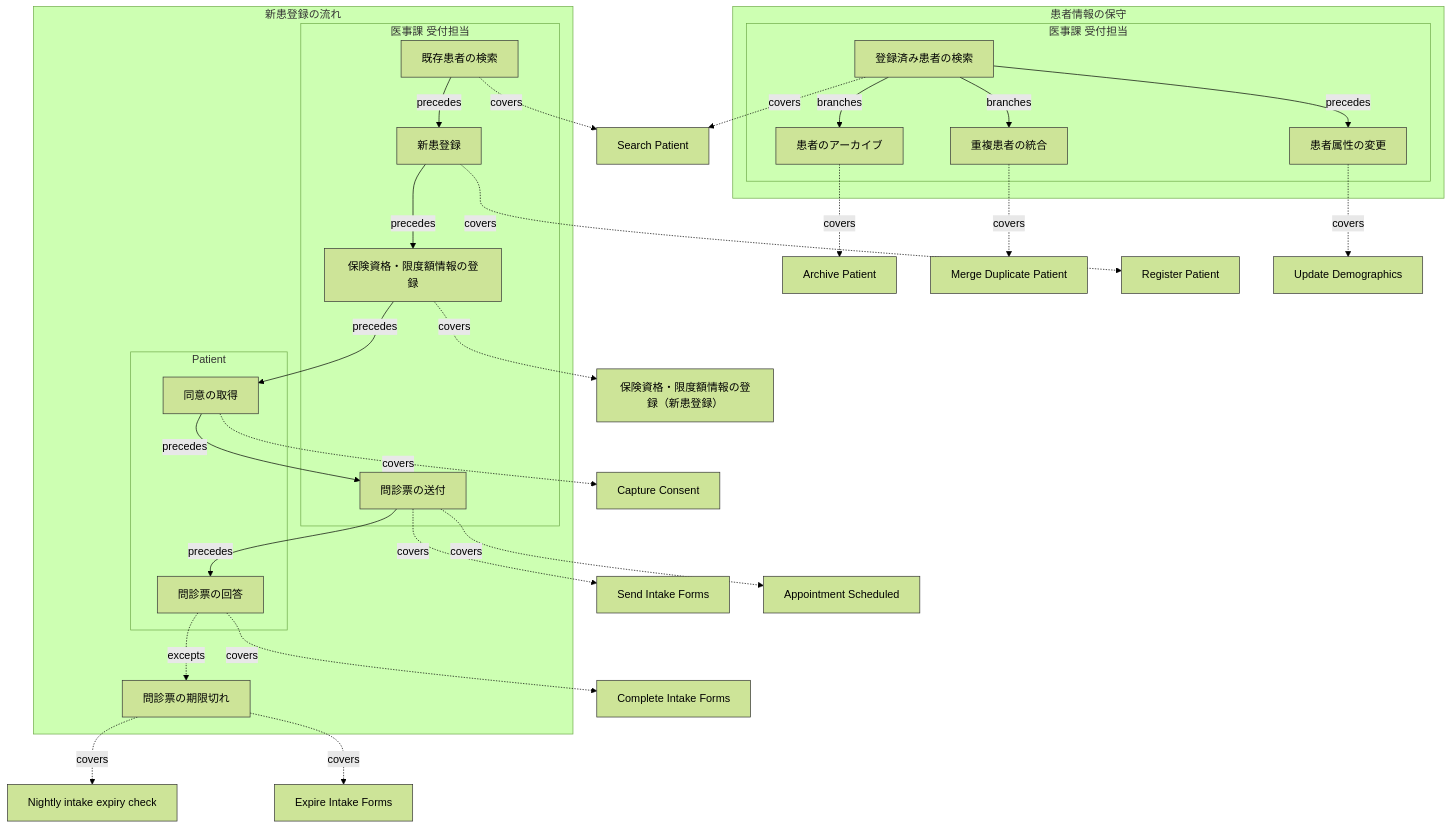
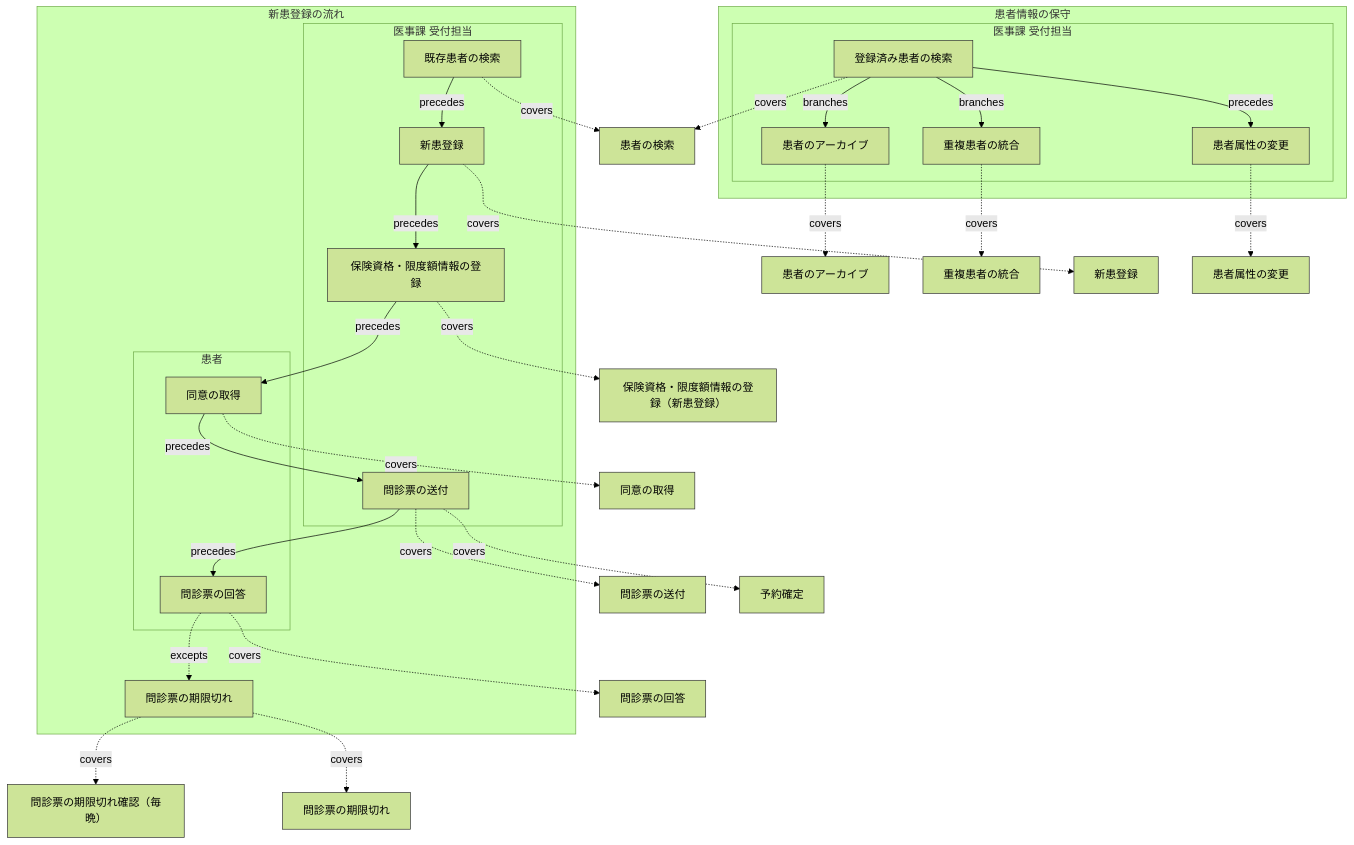
The fourth of 27 diagrams in samples/clinic-ops/design-sample.md (manji-0/rdra-ish-dsl), drawn with Mermaid (forest theme) before and after one commit. The commit also changed other lines of this file and 41 other files, not shown here.

````diff
--- a/samples/clinic-ops/design-sample.md
+++ b/samples/clinic-ops/design-sample.md
@@ -469,70 +469,70 @@
 ```mermaid
 %% rdra-ish diagram=flow scope=buc:BucPatientOnboarding model=samples/clinic-ops
 %% kinds: flow step lane timer usecase event
 %% omitted: buc
 flowchart TD
   subgraph flow__OnboardingFlow["新患登録の流れ"]
     step__IntakeExpireStep["問診票の期限切れ"]:::step
-    subgraph lane__OnboardingFlow__Patient["Patient"]
+    subgraph lane__OnboardingFlow__Patient["患者"]
       %% lane lane__OnboardingFlow__Patient: actor__Patient
       step__ConsentStep["同意の取得"]:::step
       step__IntakeAnswerStep["問診票の回答"]:::step
     end
     subgraph lane__OnboardingFlow__ReceptionClerk["医事課 受付担当"]
       %% lane lane__OnboardingFlow__ReceptionClerk: actor__ReceptionClerk
       step__InsuranceStep["保険資格・限度額情報の登録"]:::step
       step__IntakeSendStep["問診票の送付"]:::step
       step__NewPatientSearchStep["既存患者の検索"]:::step
       step__RegisterStep["新患登録"]:::step
     end
   end
   subgraph flow__PatientMaintenanceFlow["患者情報の保守"]
     subgraph lane__PatientMaintenanceFlow__ReceptionClerk["医事課 受付担当"]
       %% lane lane__PatientMaintenanceFlow__ReceptionClerk: actor__ReceptionClerk
       step__ArchiveStep["患者のアーカイブ"]:::step
       step__DemographicsStep["患者属性の変更"]:::step
       step__MaintainSearchStep["登録済み患者の検索"]:::step
       step__MergeStep["重複患者の統合"]:::step
     end
   end
-  timer__IntakeExpiryCheck["Nightly intake expiry check"]:::timer
-  usecase__ArchivePatient["Archive Patient"]:::usecase
-  usecase__CaptureConsent["Capture Consent"]:::usecase
-  usecase__CompleteIntakeForms["Complete Intake Forms"]:::usecase
-  usecase__ExpireIntakeForms["Expire Intake Forms"]:::usecase
-  usecase__MergeDuplicatePatient["Merge Duplicate Patient"]:::usecase
-  usecase__RegisterPatient["Register Patient"]:::usecase
-  usecase__SearchPatient["Search Patient"]:::usecase
-  usecase__SendIntakeForms["Send Intake Forms"]:::usecase
-  usecase__UpdateDemographics["Update Demographics"]:::usecase
+  timer__IntakeExpiryCheck["問診票の期限切れ確認（毎晩）"]:::timer
+  usecase__ArchivePatient["患者のアーカイブ"]:::usecase
+  usecase__CaptureConsent["同意の取得"]:::usecase
+  usecase__CompleteIntakeForms["問診票の回答"]:::usecase
+  usecase__ExpireIntakeForms["問診票の期限切れ"]:::usecase
+  usecase__MergeDuplicatePatient["重複患者の統合"]:::usecase
+  usecase__RegisterPatient["新患登録"]:::usecase
+  usecase__SearchPatient["患者の検索"]:::usecase
+  usecase__SendIntakeForms["問診票の送付"]:::usecase
+  usecase__UpdateDemographics["患者属性の変更"]:::usecase
   usecase__VerifyInsurance["保険資格・限度額情報の登録（新患登録）"]:::usecase
-  event__EvAppointmentScheduled["Appointment Scheduled"]:::event
+  event__EvAppointmentScheduled["予約確定"]:::event
   step__ArchiveStep -.->|covers| usecase__ArchivePatient
   step__ConsentStep -.->|covers| usecase__CaptureConsent
   step__ConsentStep -->|precedes| step__IntakeSendStep
   step__DemographicsStep -.->|covers| usecase__UpdateDemographics
   step__InsuranceStep -.->|covers| usecase__VerifyInsurance
   step__InsuranceStep -->|precedes| step__ConsentStep
   step__IntakeAnswerStep -.->|covers| usecase__CompleteIntakeForms
   step__IntakeAnswerStep -.->|excepts| step__IntakeExpireStep
   step__IntakeExpireStep -.->|covers| timer__IntakeExpiryCheck
   step__IntakeExpireStep -.->|covers| usecase__ExpireIntakeForms
   step__IntakeSendStep -.->|covers| event__EvAppointmentScheduled
   step__IntakeSendStep -.->|covers| usecase__SendIntakeForms
   step__IntakeSendStep -->|precedes| step__IntakeAnswerStep
   step__MaintainSearchStep -->|branches| step__ArchiveStep
   step__MaintainSearchStep -->|branches| step__MergeStep
   step__MaintainSearchStep -.->|covers| usecase__SearchPatient
   step__MaintainSearchStep -->|precedes| step__DemographicsStep
   step__MergeStep -.->|covers| usecase__MergeDuplicatePatient
   step__NewPatientSearchStep -.->|covers| usecase__SearchPatient
   step__NewPatientSearchStep -->|precedes| step__RegisterStep
   step__RegisterStep -.->|covers| usecase__RegisterPatient
   step__RegisterStep -->|precedes| step__InsuranceStep
   classDef flow stroke:#333;
   classDef step stroke:#333;
   classDef lane stroke:#333;
   classDef timer stroke:#333;
   classDef usecase stroke:#333;
   classDef event stroke:#333;
 ```
````
